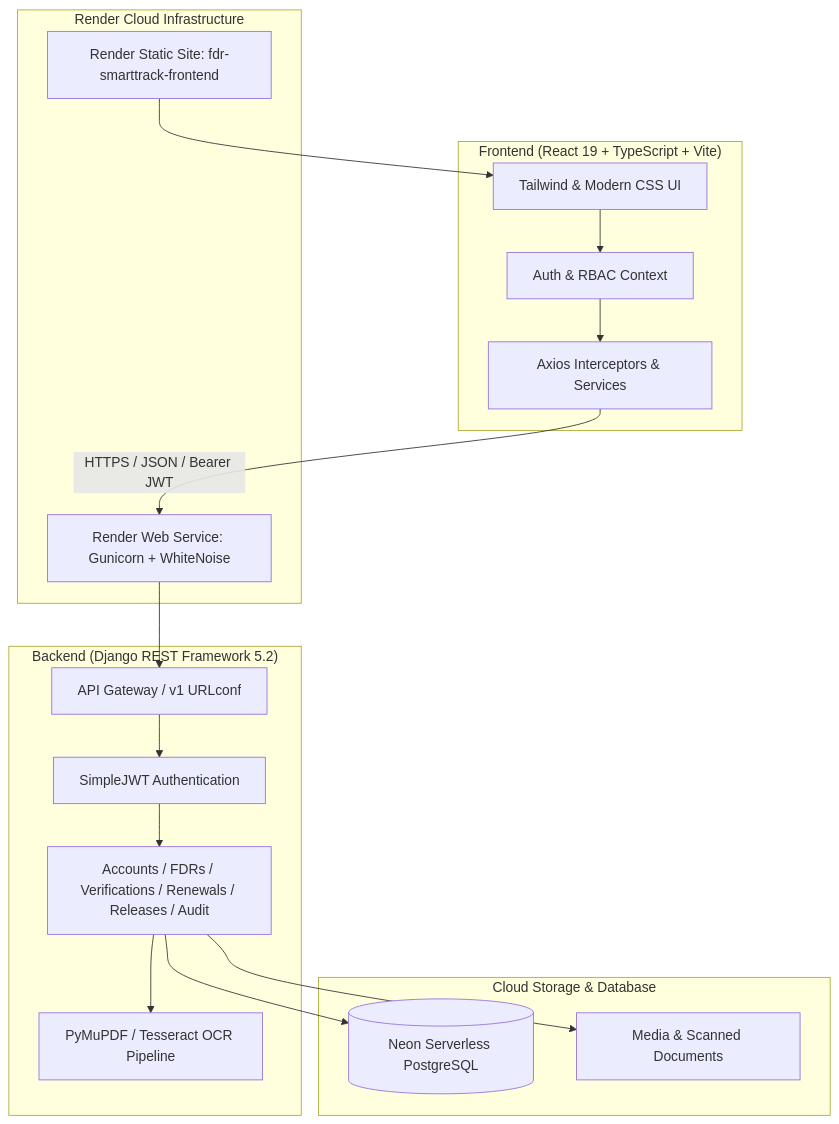
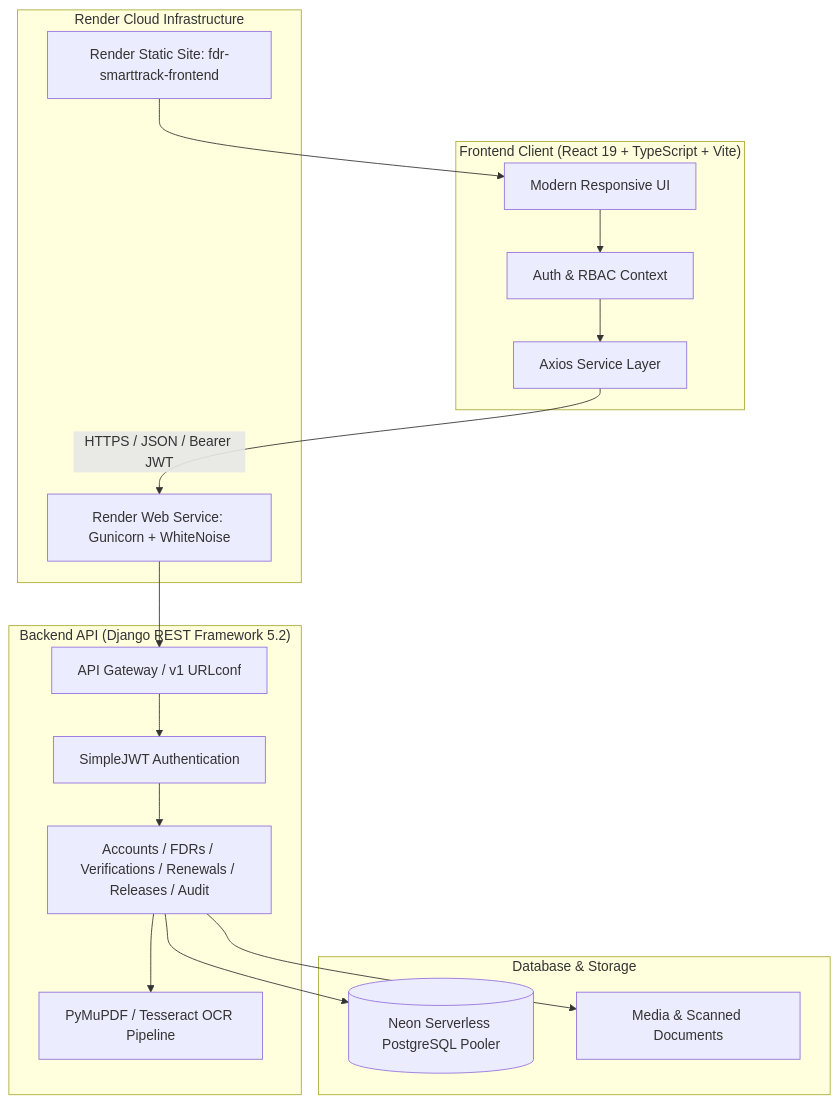
One commit to AdeepMohamed/Fdr-project changed the diagram in README.md. Above: the diagram before and after it, drawn with Mermaid. The commit also changed other lines of this file and 3 other files, not shown here.

Commit message:
Optimize documentation: Add custom vector logo, sub-READMEs for backend & frontend, table of contents, and performance section

````diff
--- a/README.md
+++ b/README.md
@@ -96,33 +109,33 @@
 ```mermaid
 graph TD
-    subgraph Client["Frontend (React 19 + TypeScript + Vite)"]
-        UI[Tailwind & Modern CSS UI]
+    subgraph Client["Frontend Client (React 19 + TypeScript + Vite)"]
+        UI[Modern Responsive UI]
         AuthCtx[Auth & RBAC Context]
-        RQ[Axios Interceptors & Services]
+        RQ[Axios Service Layer]
     end
 
-    subgraph Hosting["Render Cloud Infrastructure"]
+    subgraph Cloud["Render Cloud Infrastructure"]
         StaticSite[Render Static Site: fdr-smarttrack-frontend]
         WebWSGI[Render Web Service: Gunicorn + WhiteNoise]
     end
 
-    subgraph Backend["Backend (Django REST Framework 5.2)"]
+    subgraph Backend["Backend API (Django REST Framework 5.2)"]
         Router[API Gateway / v1 URLconf]
         JWT[SimpleJWT Authentication]
         Apps[Accounts / FDRs / Verifications / Renewals / Releases / Audit]
         OCR[PyMuPDF / Tesseract OCR Pipeline]
     end
 
-    subgraph Data["Cloud Storage & Database"]
-        Neon[(Neon Serverless PostgreSQL)]
+    subgraph Database["Database & Storage"]
+        Neon[(Neon Serverless PostgreSQL Pooler)]
         Media[Media & Scanned Documents]
     end
 
     UI --> AuthCtx --> RQ
     StaticSite --> UI
     RQ -->|HTTPS / JSON / Bearer JWT| WebWSGI
     WebWSGI --> Router --> JWT --> Apps
     Apps --> OCR
     Apps --> Neon
     Apps --> Media
 ```
````
